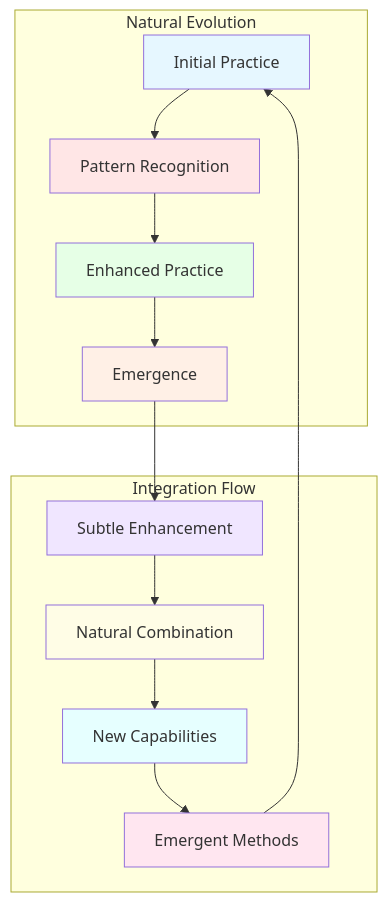
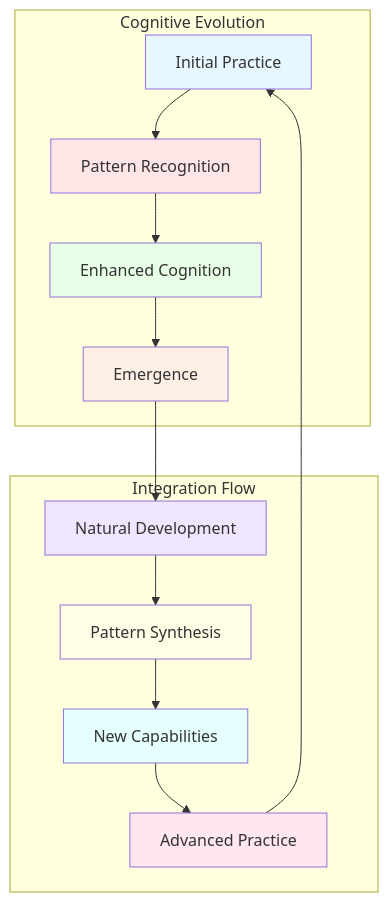
The fourth of 5 diagrams in README.md (phillipclapham/neuroweaver), drawn with Mermaid before and after one commit. The commit also changed other lines of this file, not shown here.

````diff
--- a/README.md
+++ b/README.md
@@ -907,26 +966,26 @@
 ```mermaid
 graph TD
-    subgraph Natural Evolution
+    subgraph Cognitive Evolution
         N1[Initial Practice] --> N2[Pattern Recognition]
-        N2 --> N3[Enhanced Practice]
+        N2 --> N3[Enhanced Cognition]
         N3 --> N4[Emergence]
     end
     
     subgraph Integration Flow
-        I1[Subtle Enhancement] --> I2[Natural Combination]
+        I1[Natural Development] --> I2[Pattern Synthesis]
         I2 --> I3[New Capabilities]
-        I3 --> I4[Emergent Methods]
+        I3 --> I4[Advanced Practice]
     end
     
     N4 --> I1
     I4 --> N1
     
     style N1 fill:#e6f7ff
     style N2 fill:#ffe6e6
     style N3 fill:#e6ffe6
     style N4 fill:#fff0e6
     style I1 fill:#f0e6ff
     style I2 fill:#fffde6
     style I3 fill:#e6ffff
     style I4 fill:#ffe6f0
 ```
````
